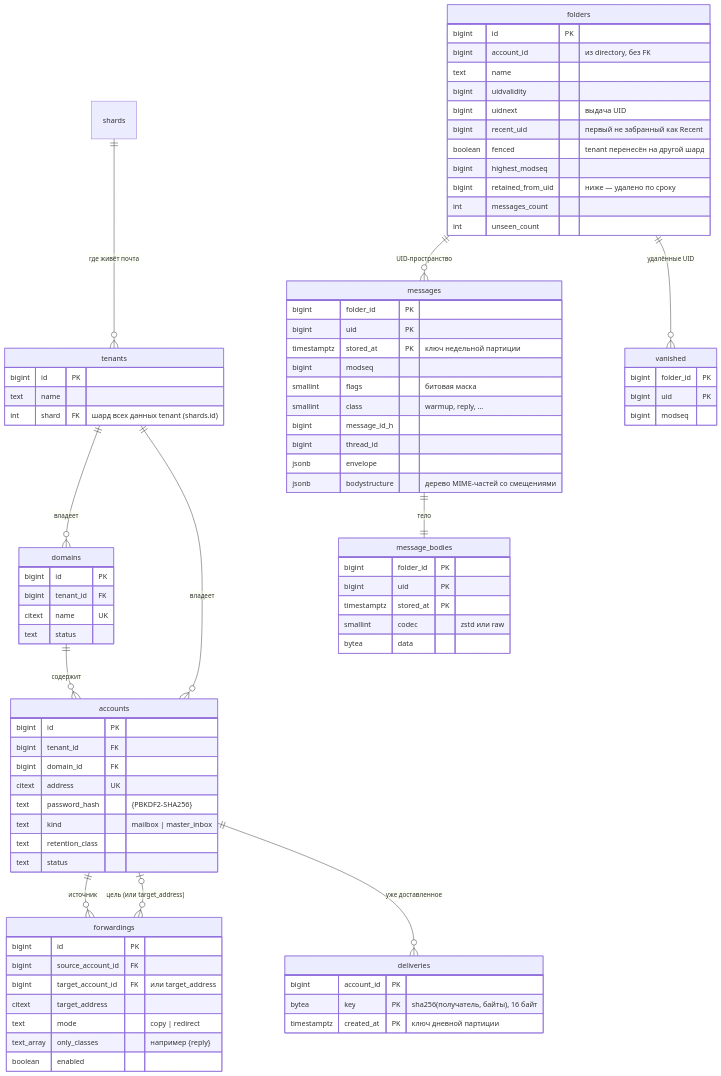
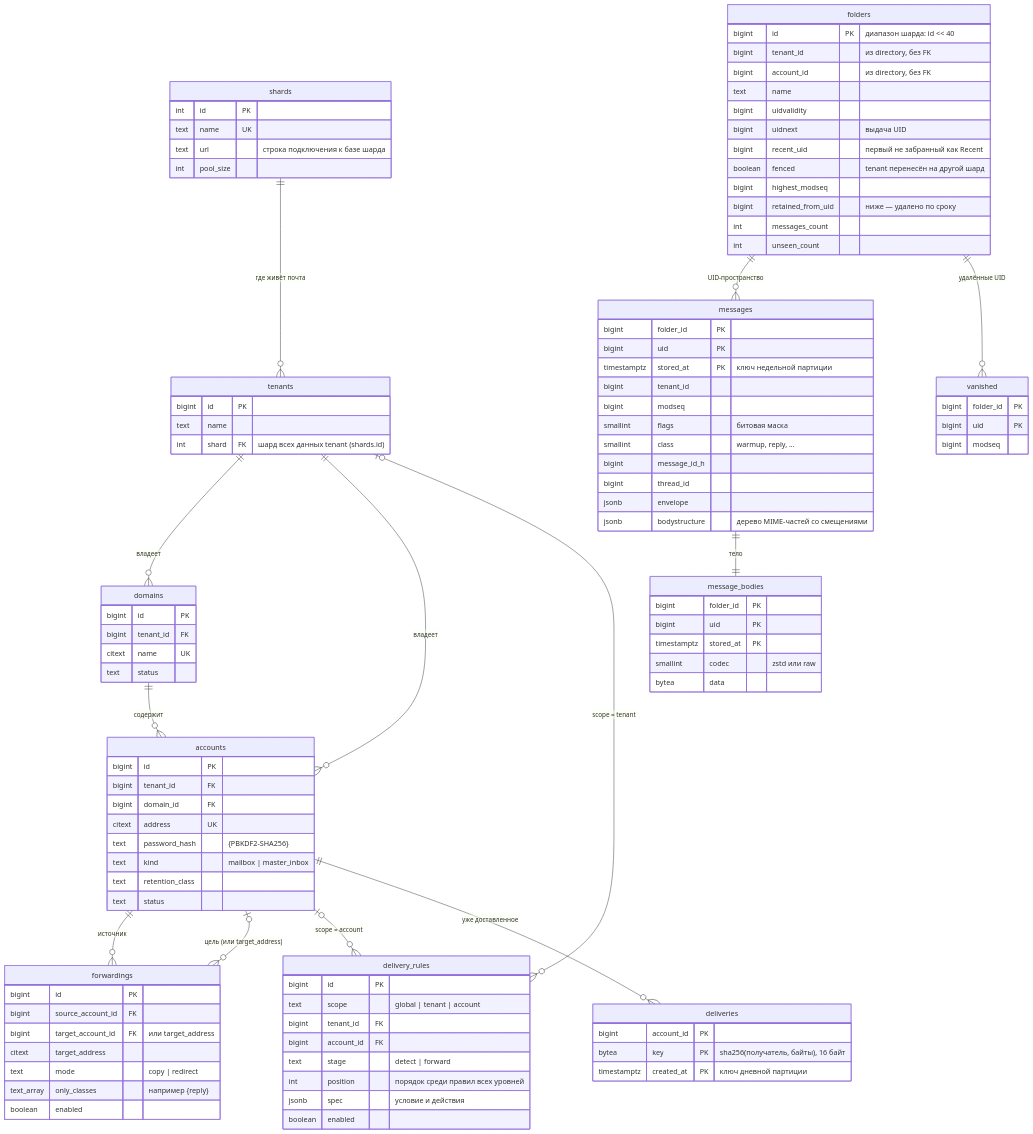
The sixth of 8 diagrams in docs/architecture.md (ichi404gh/mailstore), drawn with Mermaid before and after one commit. The commit also changed other lines of this file and 2 other files, not shown here.

First line of the commit message:
Bring the architecture diagrams up to date with shards

```diff
--- a/docs/architecture.md
+++ b/docs/architecture.md
@@ -233,6 +245,8 @@
   domains ||--o{ accounts : "содержит"
   accounts ||--o{ forwardings : "источник"
   accounts |o--o{ forwardings : "цель (или target_address)"
+  tenants |o--o{ delivery_rules : "scope = tenant"
+  accounts |o--o{ delivery_rules : "scope = account"
 
   tenants {
     bigint id PK
@@ -264,6 +278,22 @@
     text_array only_classes "например {reply}"
     boolean enabled
   }
+  delivery_rules {
+    bigint id PK
+    text scope "global | tenant | account"
+    bigint tenant_id FK
+    bigint account_id FK
+    text stage "detect | forward"
+    int position "порядок среди правил всех уровней"
+    jsonb spec "условие и действия"
+    boolean enabled
+  }
+  shards {
+    int id PK
+    text name UK
+    text url "строка подключения к базе шарда"
+    int pool_size
+  }
 
   shards ||--o{ tenants : "где живёт почта"
   folders ||--o{ messages : "UID-пространство"
@@ -272,7 +302,8 @@
   accounts ||--o{ deliveries : "уже доставленное"
 
   folders {
-    bigint id PK
+    bigint id PK "диапазон шарда: id << 40"
+    bigint tenant_id "из directory, без FK"
     bigint account_id "из directory, без FK"
     text name
     bigint uidvalidity
@@ -288,6 +319,7 @@
     bigint folder_id PK
     bigint uid PK
     timestamptz stored_at PK "ключ недельной партиции"
+    bigint tenant_id
     bigint modseq
     smallint flags "битовая маска"
     smallint class "warmup, reply, ..."
```
